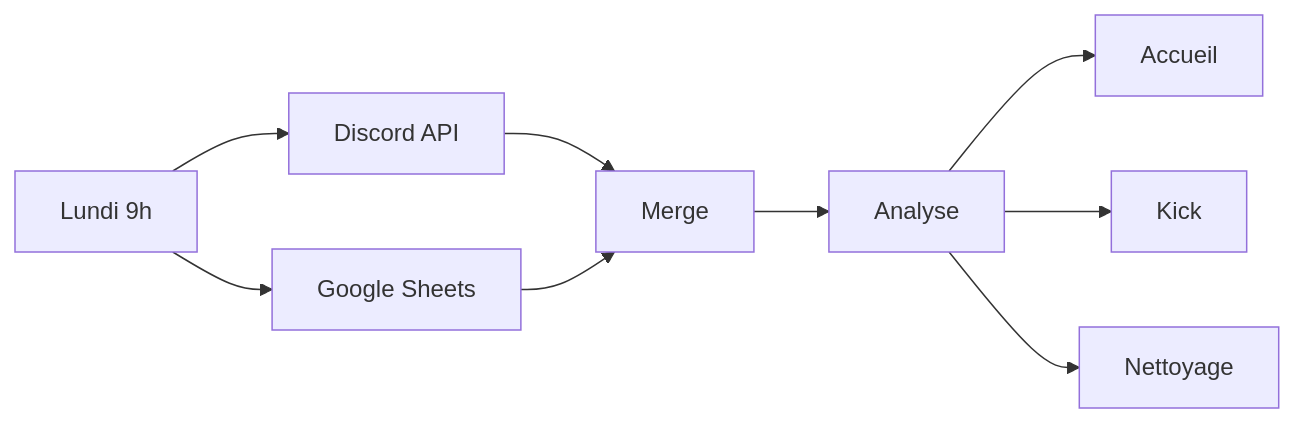
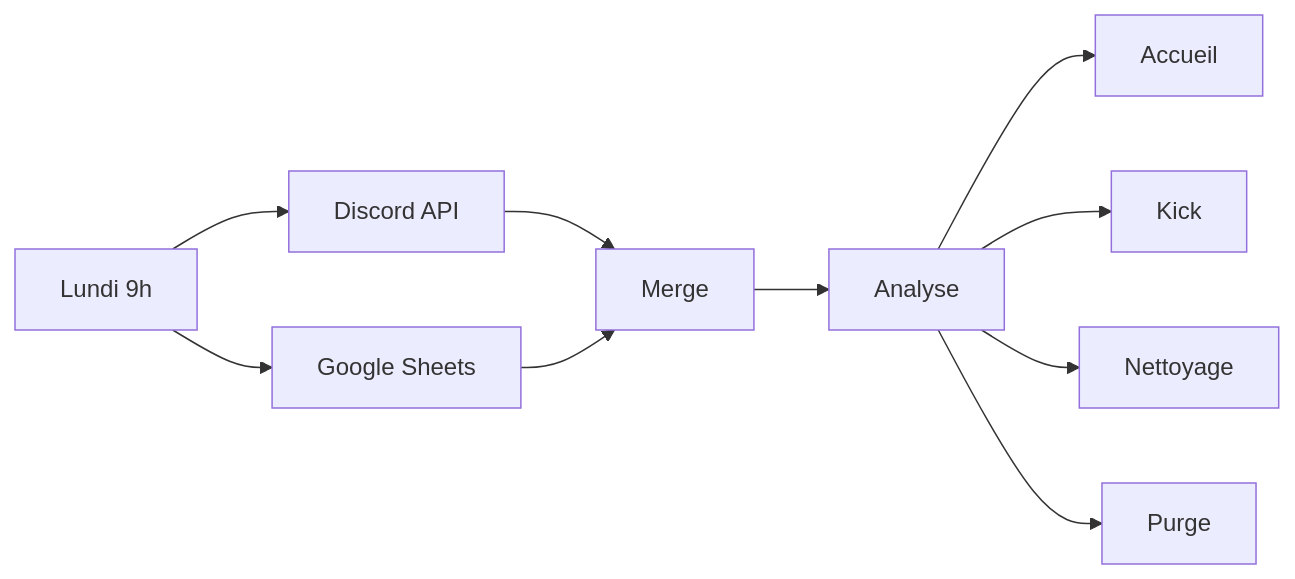
The diagram in docs/workflows/gestion-hebdomadaire/README.md (evolutek/EvoluBot), drawn with Mermaid before and after one commit. The commit also changed other lines of this file and 6 other files, not shown here.

````diff
--- a/docs/workflows/gestion-hebdomadaire/README.md
+++ b/docs/workflows/gestion-hebdomadaire/README.md
@@ -29,11 +34,12 @@
 ```mermaid
 graph LR
     T[Lundi 9h] --> D[Discord API]
     T --> S[Google Sheets]
     D --> M[Merge]
     S --> M
     M --> A[Analyse]
     A --> B1[Accueil]
     A --> B2[Kick]
     A --> B3[Nettoyage]
+    A --> B4[Purge]
 ```
````
